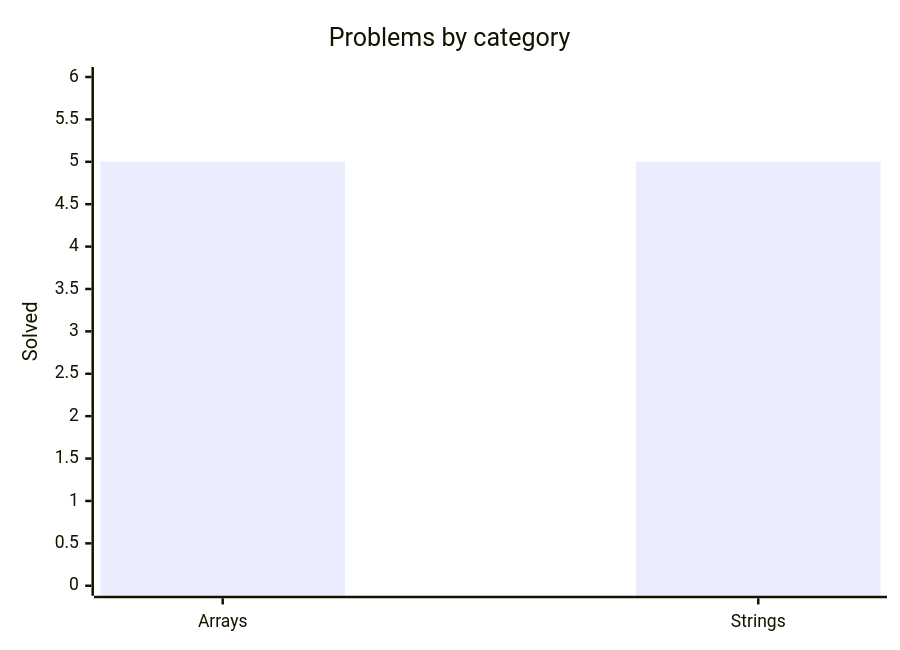
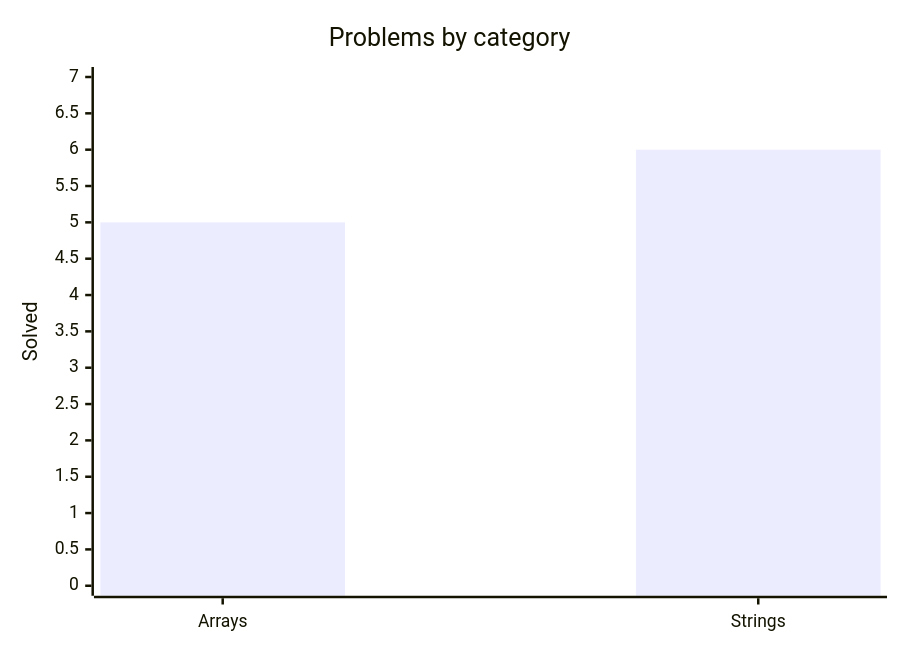
Before and after one commit to mauli-waghmore/data-structures-algorithms-kotlin: the diagram in README.md, drawn with Mermaid. The commit also changed other lines of this file and 1 other file, not shown here.

````diff
--- a/README.md
+++ b/README.md
@@ -35,8 +35,8 @@
 ```mermaid
 %%{init: {"xyChart": {"plotColorPalette": "#7F52FF"}}}%%
 xychart-beta
     title "Problems by category"
     x-axis ["Arrays", "Strings"]
-    y-axis "Solved" 0 --> 6
-    bar [5, 5]
+    y-axis "Solved" 0 --> 7
+    bar [5, 6]
 ```
````
